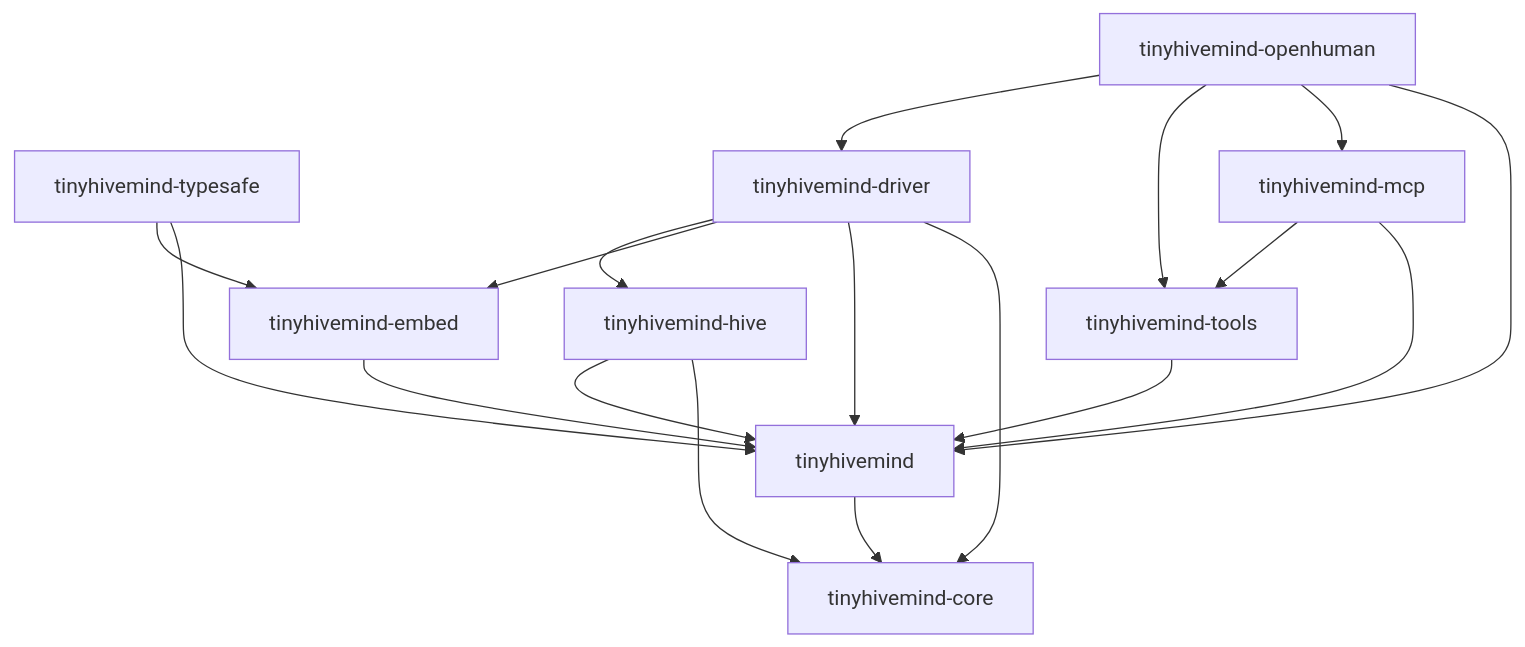
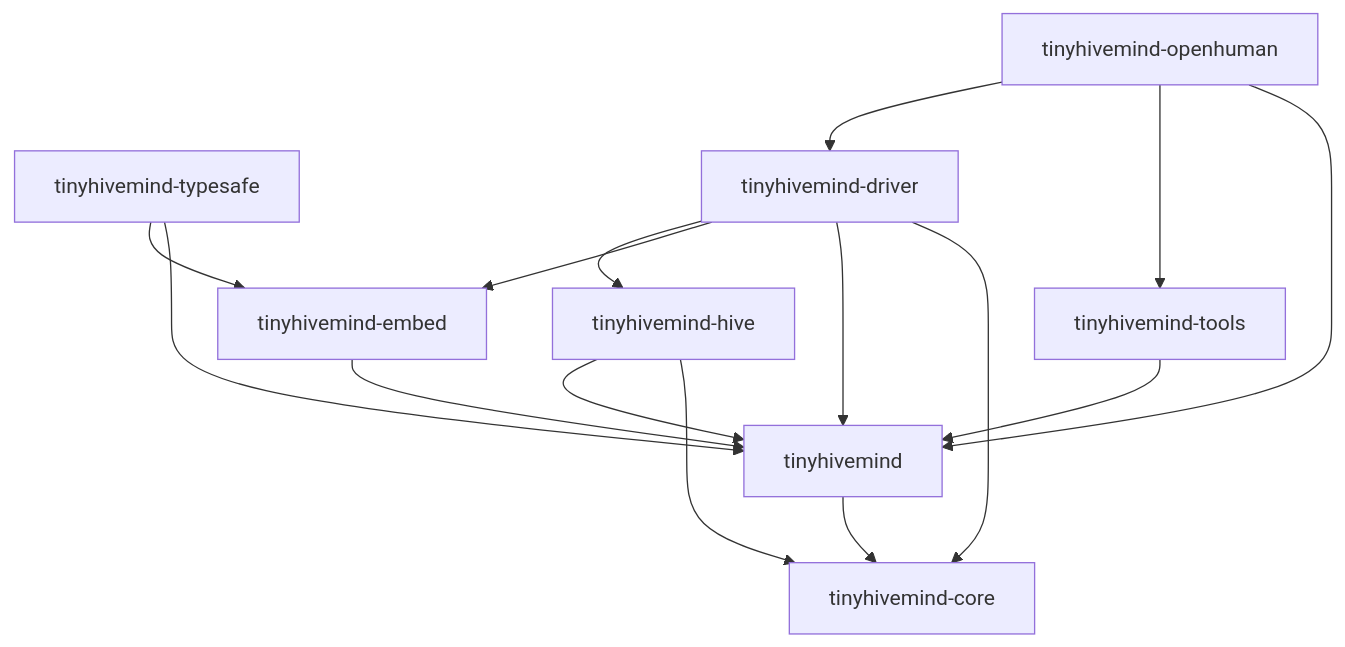
Before and after one commit to Chronillogical-Potato/tinyhivemind: the diagram in docs/crate-dependencies.md, drawn with Mermaid. The commit also changed other lines of this file and 236 other files, not shown here.

````diff
--- a/docs/crate-dependencies.md
+++ b/docs/crate-dependencies.md
@@ -8,20 +8,17 @@
 ```mermaid
 flowchart TD
     runtime["tinyhivemind"] --> core["tinyhivemind-core"]
     hive["tinyhivemind-hive"] --> runtime
     hive --> core
     embed["tinyhivemind-embed"] --> runtime
     typesafe["tinyhivemind-typesafe"] --> embed
     typesafe --> runtime
     driver["tinyhivemind-driver"] --> hive
     driver --> embed
     driver --> runtime
     driver --> core
     tools["tinyhivemind-tools"] --> runtime
-    mcp["tinyhivemind-mcp"] --> tools
-    mcp --> runtime
     openhuman["tinyhivemind-openhuman"] --> driver
     openhuman --> tools
-    openhuman --> mcp
     openhuman --> runtime
 ```
````
